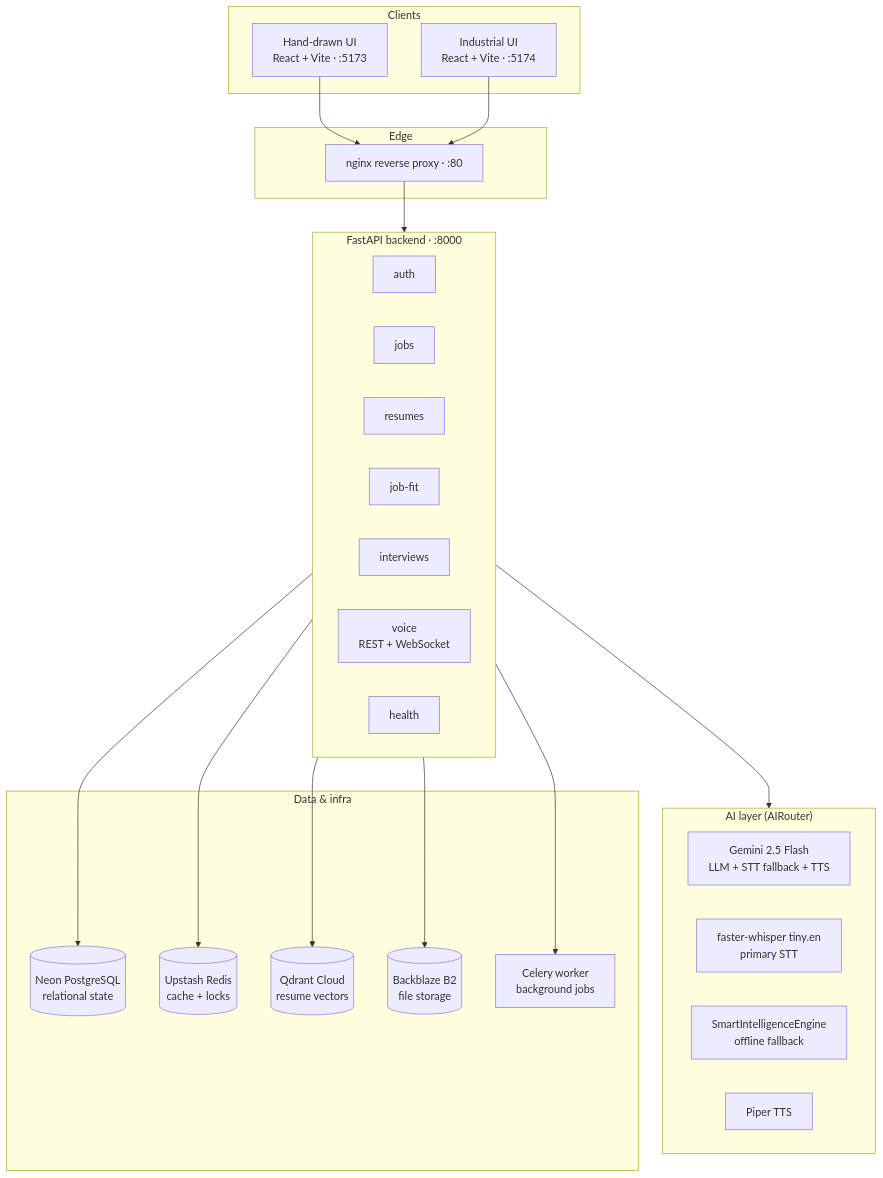
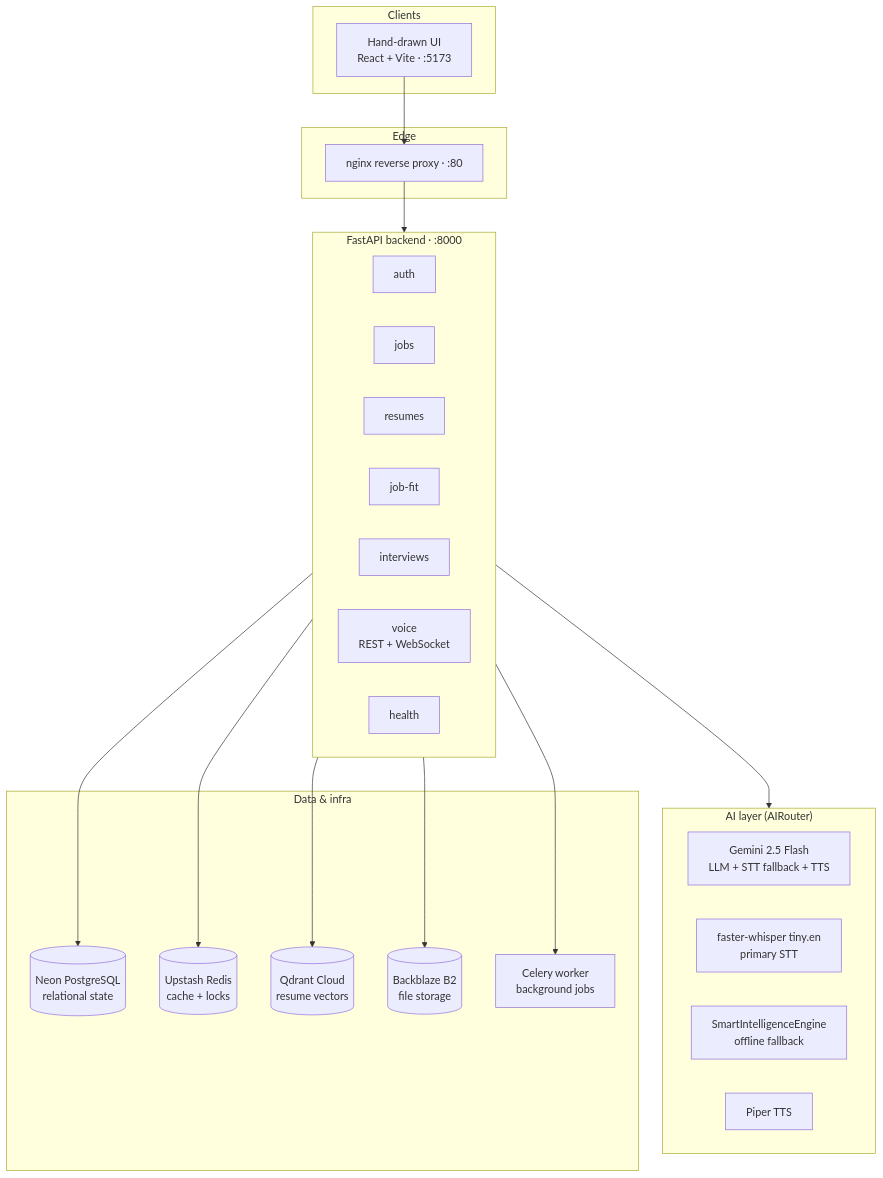
One commit to honoursbhaduria/checkout changed the first of 5 diagrams in README.md. Above: the diagram before and after it, drawn with Mermaid. The commit also changed other lines of this file and 31 other files, not shown here.

````diff
--- a/README.md
+++ b/README.md
@@ -76,41 +76,40 @@
 ```mermaid
 flowchart TB
     subgraph Clients["Clients"]
         WEB1["Hand-drawn UI<br/>React + Vite · :5173"]
-        WEB2["Industrial UI<br/>React + Vite · :5174"]
     end
 
     subgraph Edge["Edge"]
         NGINX["nginx reverse proxy · :80"]
     end
 
     subgraph API["FastAPI backend · :8000"]
         AUTH["auth"]
         JOBS["jobs"]
         RESUMES["resumes"]
         FIT["job-fit"]
         IV["interviews"]
         VOICE["voice<br/>REST + WebSocket"]
         HEALTH["health"]
     end
 
     subgraph AI["AI layer (AIRouter)"]
         GEM["Gemini 2.5 Flash<br/>LLM + STT fallback + TTS"]
         WHISPER["faster-whisper tiny.en<br/>primary STT"]
         SMART["SmartIntelligenceEngine<br/>offline fallback"]
         PIPER["Piper TTS"]
     end
 
     subgraph Data["Data & infra"]
         PG[("Neon PostgreSQL<br/>relational state")]
         REDIS[("Upstash Redis<br/>cache + locks")]
         QDRANT[("Qdrant Cloud<br/>resume vectors")]
         B2[("Backblaze B2<br/>file storage")]
         CELERY["Celery worker<br/>background jobs"]
     end
 
-    WEB1 & WEB2 --> NGINX --> API
+    WEB1 --> NGINX --> API
     API --> AI
     API --> PG & REDIS & QDRANT & B2
     API --> CELERY
 ```
````
